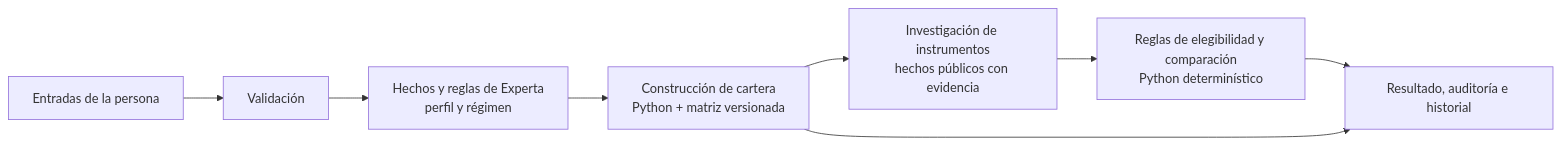
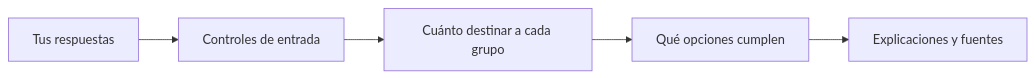
Before and after one commit to agusteira/nexus-simulador-carteras: the diagram in README.md, drawn with Mermaid. The commit also changed other lines of this file and 22 other files, not shown here.

````diff
--- a/README.md
+++ b/README.md
@@ -11,10 +34,7 @@
 ```mermaid
 flowchart LR
-    I[Entradas de la persona] --> V[Validación]
-    V --> H[Hechos y reglas de Experta<br/>perfil y régimen]
-    H --> P[Construcción de cartera<br/>Python + matriz versionada]
-    P --> F[Investigación de instrumentos<br/>hechos públicos con evidencia]
-    F --> R[Reglas de elegibilidad y comparación<br/>Python determinístico]
-    R --> O[Resultado, auditoría e historial]
-    P --> O
+    I[Tus respuestas] --> V[Controles de entrada]
+    V --> P[Cuánto destinar a cada grupo]
+    P --> R[Qué opciones cumplen]
+    R --> O[Explicaciones y fuentes]
 ```
````
